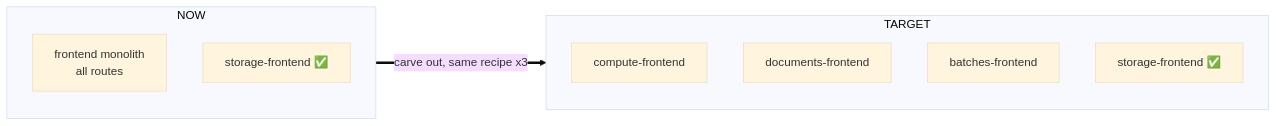
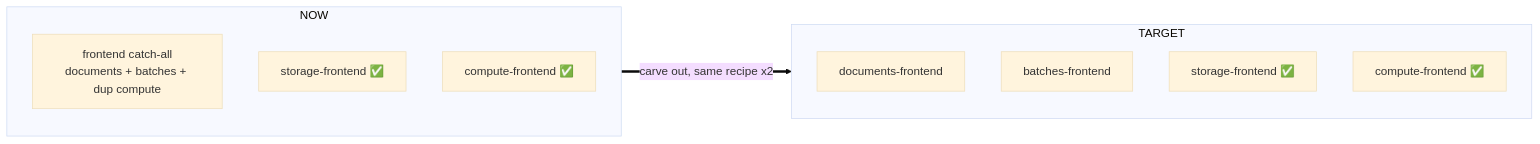
One commit to AI-Riksarkivet/rask changed the fifth of 5 diagrams in docs/architecture/frontend-microfrontends.md. Above: the diagram before and after it, drawn with Mermaid (base theme). The commit also changed other lines of this file and 20 other files, not shown here.

````diff
--- a/docs/architecture/frontend-microfrontends.md
+++ b/docs/architecture/frontend-microfrontends.md
@@ -154,14 +167,15 @@
 ```mermaid
 graph LR
   subgraph NOW
-    M[frontend monolith<br/>all routes]
+    M[frontend catch-all<br/>documents + batches + dup compute]
     ST[storage-frontend ✅]
+    CO[compute-frontend ✅]
   end
   subgraph TARGET
-    C[compute-frontend]
     D[documents-frontend]
     BA[batches-frontend]
     ST2[storage-frontend ✅]
+    CO2[compute-frontend ✅]
   end
-  NOW ==>|carve out, same recipe x3| TARGET
+  NOW ==>|carve out, same recipe x2| TARGET
 ```
````
